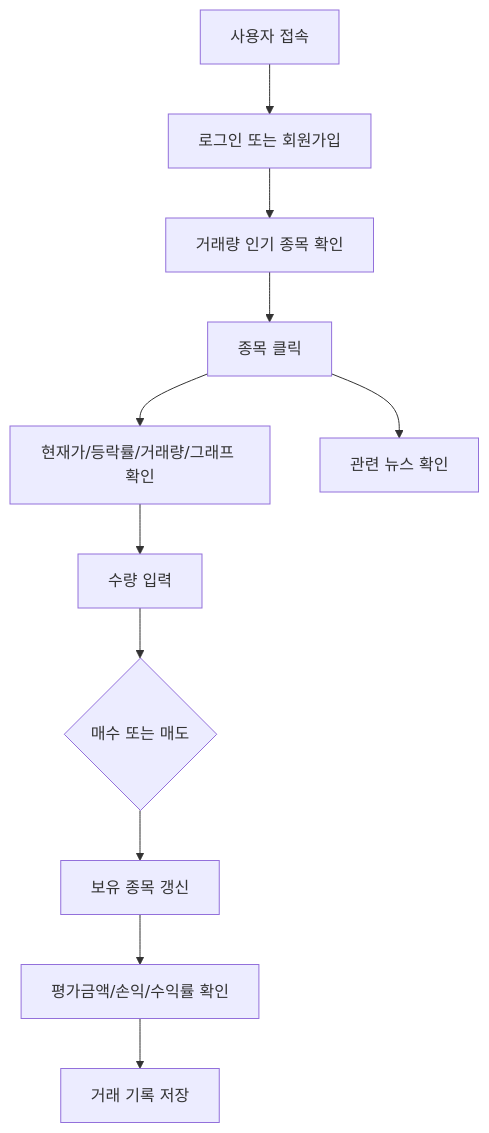
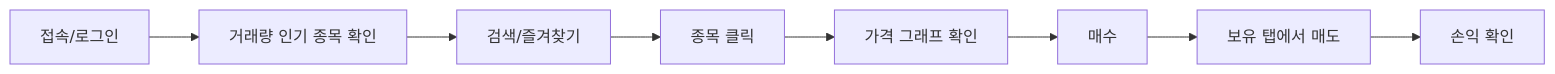
The second of 2 diagrams in docs/presentation-slides.md (osangmin51-spec/javaproject), drawn with Mermaid before and after one commit. The commit also changed other lines of this file and 30 other files, not shown here.

````diff
--- a/docs/presentation-slides.md
+++ b/docs/presentation-slides.md
@@ -129,13 +69,10 @@
 ```mermaid
-flowchart TD
-    A["사용자 접속"] --> B["로그인 또는 회원가입"]
-    B --> C["거래량 인기 종목 확인"]
+flowchart LR
+    A["접속/로그인"] --> B["거래량 인기 종목 확인"]
+    B --> C["검색/즐겨찾기"]
     C --> D["종목 클릭"]
-    D --> E["현재가/등락률/거래량/그래프 확인"]
-    D --> F["관련 뉴스 확인"]
-    E --> G["수량 입력"]
-    G --> H{"매수 또는 매도"}
-    H --> I["보유 종목 갱신"]
-    I --> J["평가금액/손익/수익률 확인"]
-    J --> K["거래 기록 저장"]
+    D --> E["가격 그래프 확인"]
+    E --> F["매수"]
+    F --> G["보유 탭에서 매도"]
+    G --> H["손익 확인"]
 ```
````
